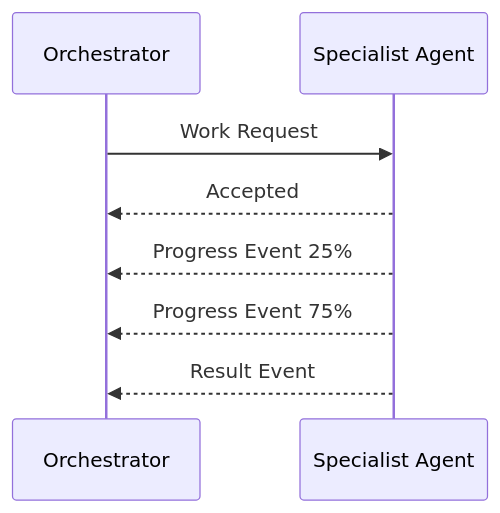
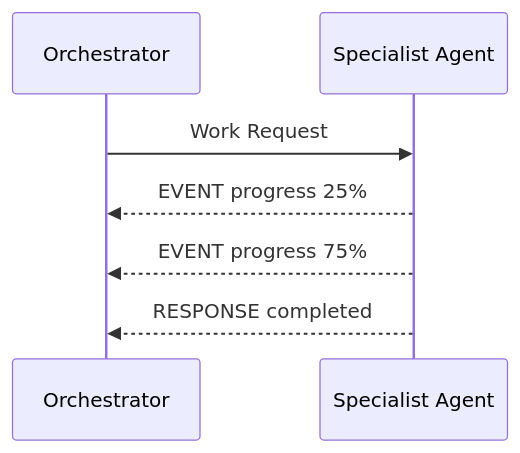
The eighth of 15 diagrams in README.md (Manish927/agentic-threat-intelligence), drawn with Mermaid before and after one commit. The commit also changed other lines of this file, not shown here.

Commit message:
docs: refine Agentic Threat Intelligence architecture and README

````diff
--- a/README.md
+++ b/README.md
@@ -311,10 +489,10 @@
 ```mermaid
 sequenceDiagram
     participant O as Orchestrator
     participant A as Specialist Agent
+
     O->>A: Work Request
-    A-->>O: Accepted
-    A-->>O: Progress Event 25%
-    A-->>O: Progress Event 75%
-    A-->>O: Result Event
+    A-->>O: EVENT progress 25%
+    A-->>O: EVENT progress 75%
+    A-->>O: RESPONSE completed
 ```
````
